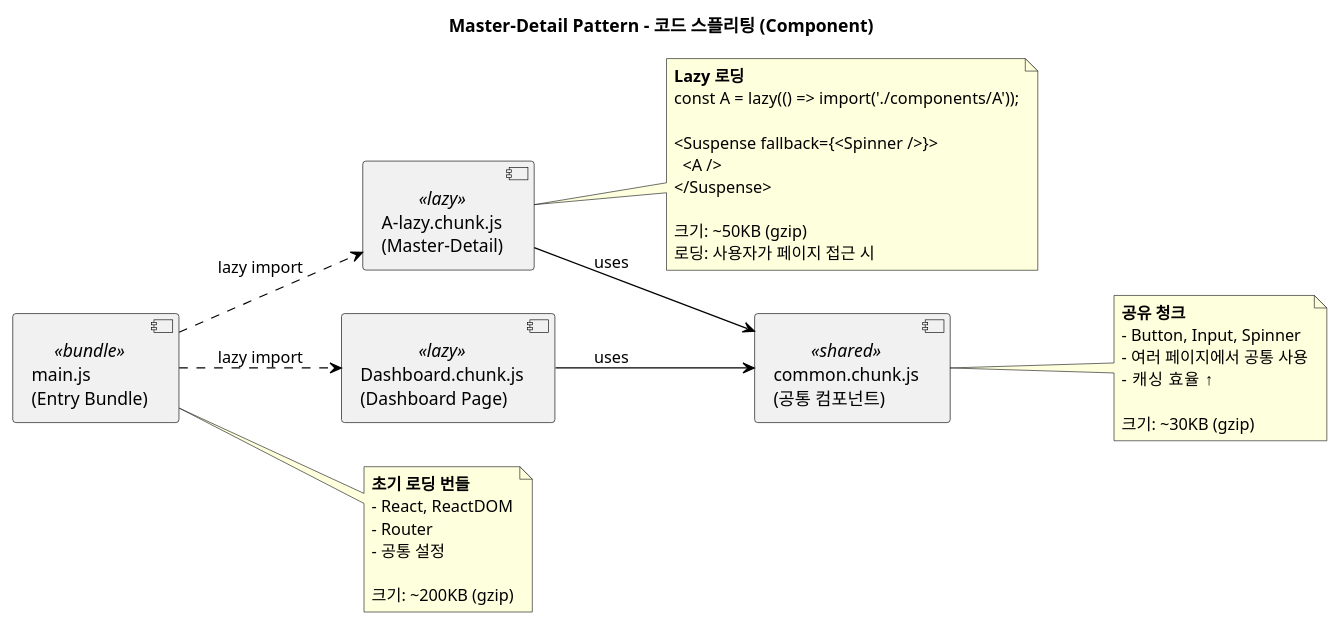
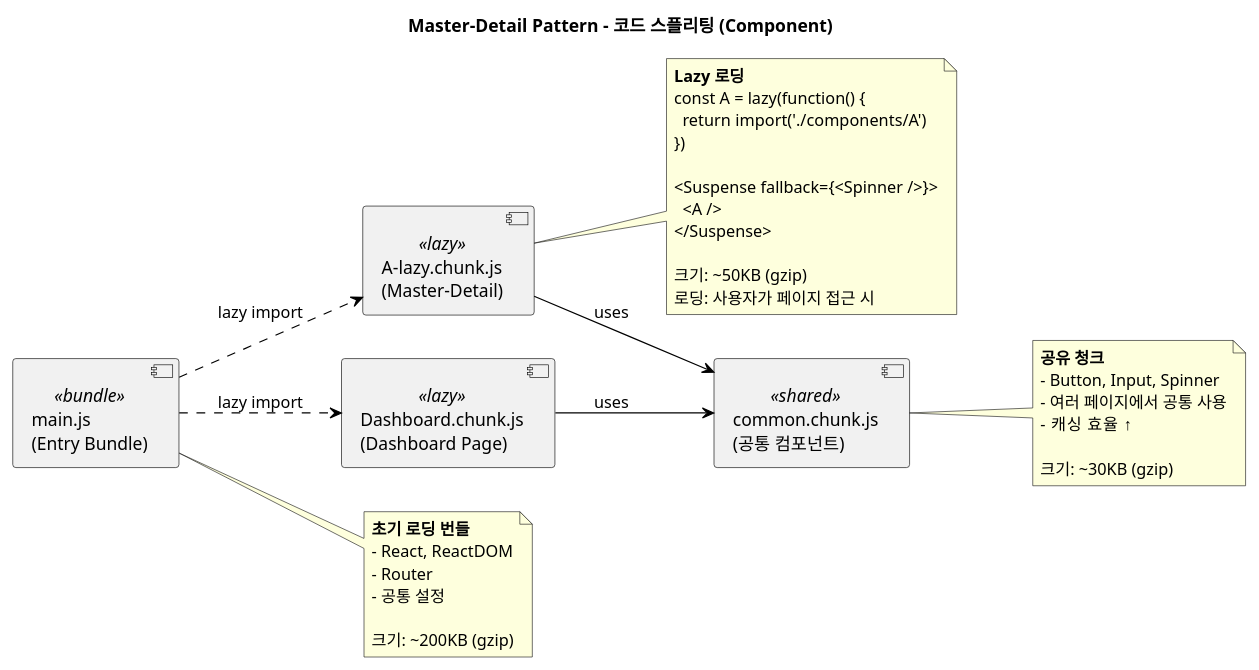
One commit to masterhyuns/elastic-search-study changed the fourth of 5 diagrams in docs/diagrams/components/06-master-detail-component.puml. Above: the diagram before and after it, drawn with PlantUML. The commit also changed other lines of this file and 2 other files, not shown here.

First line of the commit message:
fix: Master-Detail 다이어그램 PlantUML 문법 에러 수정

```diff
--- a/docs/diagrams/components/06-master-detail-component.puml
+++ b/docs/diagrams/components/06-master-detail-component.puml
@@ -293,55 +291,57 @@
 @startuml master-detail-component-lazy-loading
 title Master-Detail Pattern - 코드 스플리팅 (Component)
 
 skinparam component {
   BorderColor Black
   ArrowColor Black
 }
 
 left to right direction
 
 component "main.js\n(Entry Bundle)" as Main <<bundle>>
 
 component "A-lazy.chunk.js\n(Master-Detail)" as AChunk <<lazy>>
 
 component "Dashboard.chunk.js\n(Dashboard Page)" as DashboardChunk <<lazy>>
 
 component "common.chunk.js\n(공통 컴포넌트)" as CommonChunk <<shared>>
 
 Main ..> AChunk : lazy import
 Main ..> DashboardChunk : lazy import
 
 AChunk --> CommonChunk : uses
 DashboardChunk --> CommonChunk : uses
 
 note right of Main
   **초기 로딩 번들**
   - React, ReactDOM
   - Router
   - 공통 설정
 
   크기: ~200KB (gzip)
 end note
 
 note right of AChunk
   **Lazy 로딩**
-  const A = lazy(() => import('./components/A'));
+  const A = lazy(function() {
+    return import('./components/A')
+  })
 
   <Suspense fallback={<Spinner />}>
     <A />
   </Suspense>
 
   크기: ~50KB (gzip)
   로딩: 사용자가 페이지 접근 시
 end note
 
 note right of CommonChunk
   **공유 청크**
   - Button, Input, Spinner
   - 여러 페이지에서 공통 사용
   - 캐싱 효율 ↑
 
   크기: ~30KB (gzip)
 end note
 
 @enduml
```
